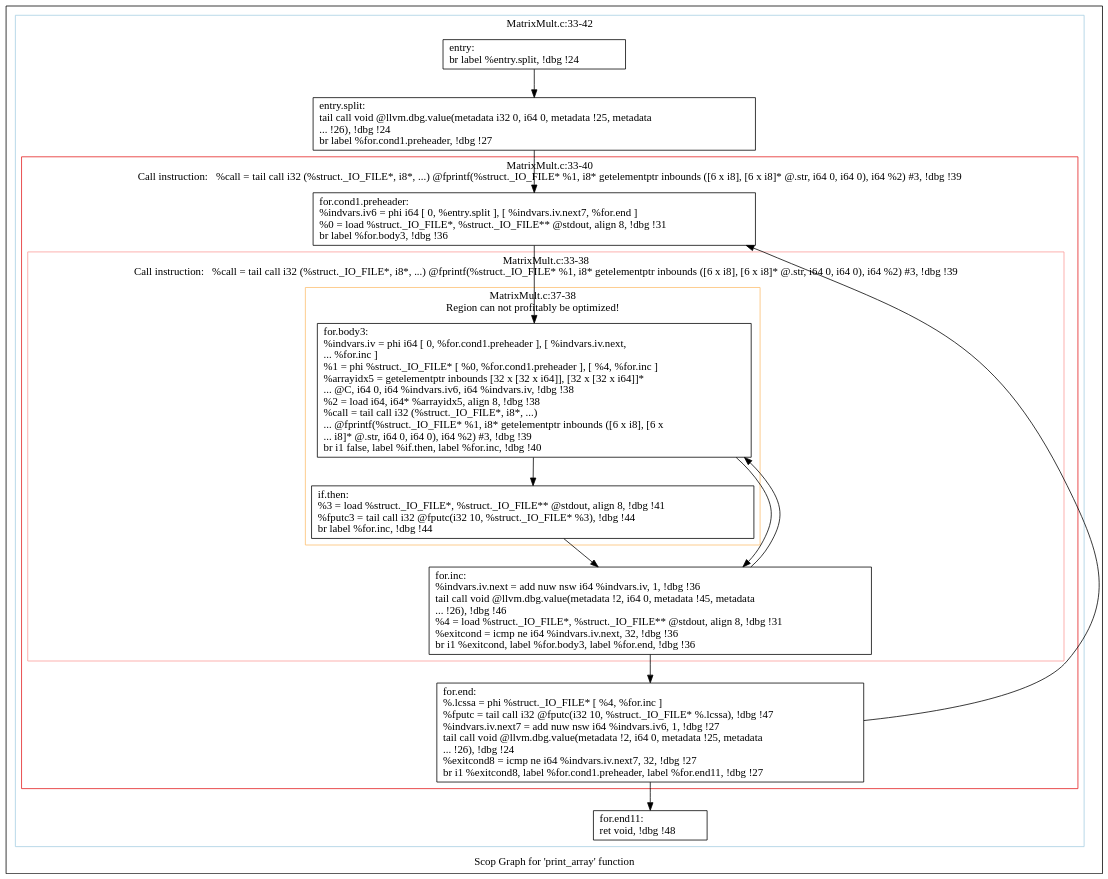
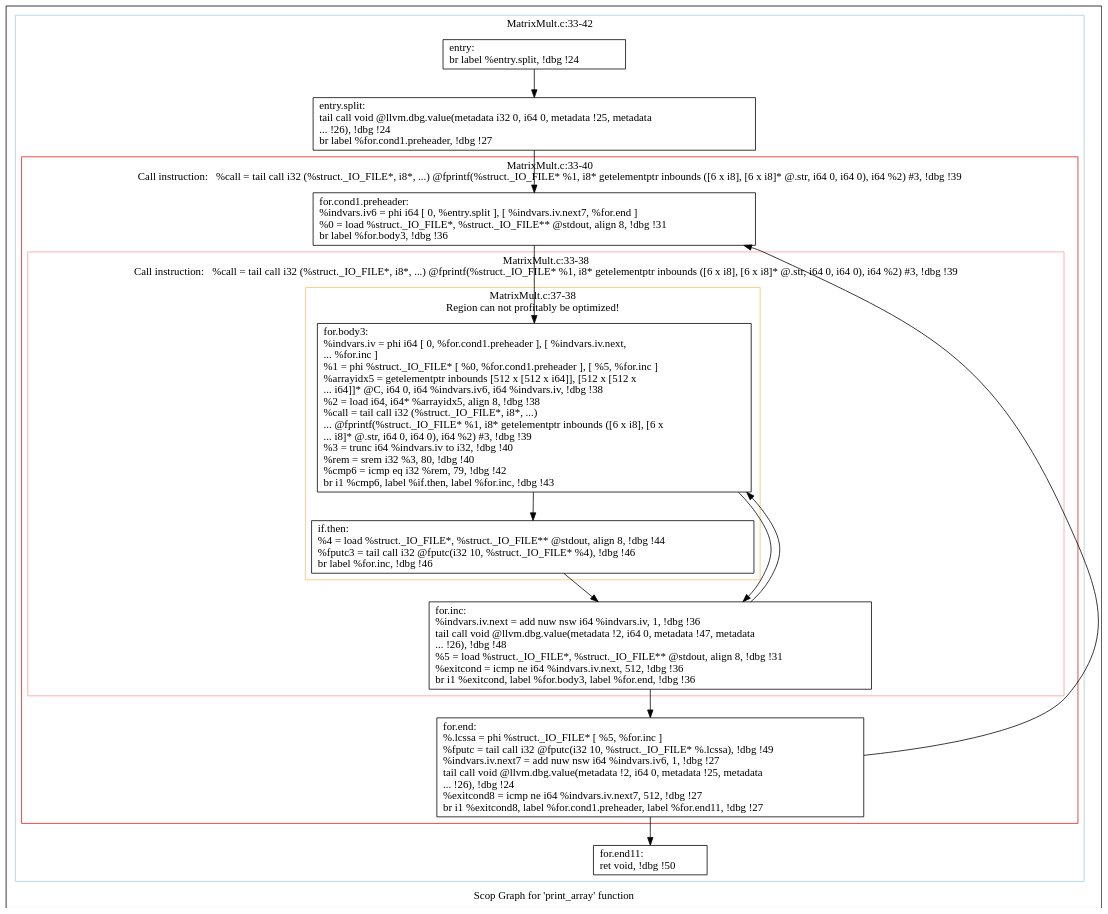
The diagram in polly/MatrixMult/impl/handwritten/dot/scops.print_array.dot (samminweng/WhileyOpenCL), drawn with Graphviz before and after one commit. The commit also changed 27 other files, not shown here.

```diff
--- a/polly/MatrixMult/impl/handwritten/dot/scops.print_array.dot
+++ b/polly/MatrixMult/impl/handwritten/dot/scops.print_array.dot
@@ -1,55 +1,55 @@
 digraph "Scop Graph for 'print_array' function" {
 	label="Scop Graph for 'print_array' function";
 
-	Node0x5ed5c80 [shape=record,label="{entry:\l  br label %entry.split, !dbg !24\l}"];
-	Node0x5ed5c80 -> Node0x5ec6e80;
-	Node0x5ec6e80 [shape=record,label="{entry.split:                                      \l  tail call void @llvm.dbg.value(metadata i32 0, i64 0, metadata !25, metadata\l... !26), !dbg !24\l  br label %for.cond1.preheader, !dbg !27\l}"];
-	Node0x5ec6e80 -> Node0x5f18b70;
-	Node0x5f18b70 [shape=record,label="{for.cond1.preheader:                              \l  %indvars.iv6 = phi i64 [ 0, %entry.split ], [ %indvars.iv.next7, %for.end ]\l  %0 = load %struct._IO_FILE*, %struct._IO_FILE** @stdout, align 8, !dbg !31\l  br label %for.body3, !dbg !36\l}"];
-	Node0x5f18b70 -> Node0x5ed5340;
-	Node0x5ed5340 [shape=record,label="{for.body3:                                        \l  %indvars.iv = phi i64 [ 0, %for.cond1.preheader ], [ %indvars.iv.next,\l... %for.inc ]\l  %1 = phi %struct._IO_FILE* [ %0, %for.cond1.preheader ], [ %4, %for.inc ]\l  %arrayidx5 = getelementptr inbounds [32 x [32 x i64]], [32 x [32 x i64]]*\l... @C, i64 0, i64 %indvars.iv6, i64 %indvars.iv, !dbg !38\l  %2 = load i64, i64* %arrayidx5, align 8, !dbg !38\l  %call = tail call i32 (%struct._IO_FILE*, i8*, ...)\l... @fprintf(%struct._IO_FILE* %1, i8* getelementptr inbounds ([6 x i8], [6 x\l... i8]* @.str, i64 0, i64 0), i64 %2) #3, !dbg !39\l  br i1 false, label %if.then, label %for.inc, !dbg !40\l}"];
-	Node0x5ed5340 -> Node0x5ecc2c0;
-	Node0x5ed5340 -> Node0x5ed2580;
-	Node0x5ecc2c0 [shape=record,label="{if.then:                                          \l  %3 = load %struct._IO_FILE*, %struct._IO_FILE** @stdout, align 8, !dbg !41\l  %fputc3 = tail call i32 @fputc(i32 10, %struct._IO_FILE* %3), !dbg !44\l  br label %for.inc, !dbg !44\l}"];
-	Node0x5ecc2c0 -> Node0x5ed2580;
-	Node0x5ed2580 [shape=record,label="{for.inc:                                          \l  %indvars.iv.next = add nuw nsw i64 %indvars.iv, 1, !dbg !36\l  tail call void @llvm.dbg.value(metadata !2, i64 0, metadata !45, metadata\l... !26), !dbg !46\l  %4 = load %struct._IO_FILE*, %struct._IO_FILE** @stdout, align 8, !dbg !31\l  %exitcond = icmp ne i64 %indvars.iv.next, 32, !dbg !36\l  br i1 %exitcond, label %for.body3, label %for.end, !dbg !36\l}"];
-	Node0x5ed2580 -> Node0x5ed5340[constraint=false];
-	Node0x5ed2580 -> Node0x5ed5970;
-	Node0x5ed5970 [shape=record,label="{for.end:                                          \l  %.lcssa = phi %struct._IO_FILE* [ %4, %for.inc ]\l  %fputc = tail call i32 @fputc(i32 10, %struct._IO_FILE* %.lcssa), !dbg !47\l  %indvars.iv.next7 = add nuw nsw i64 %indvars.iv6, 1, !dbg !27\l  tail call void @llvm.dbg.value(metadata !2, i64 0, metadata !25, metadata\l... !26), !dbg !24\l  %exitcond8 = icmp ne i64 %indvars.iv.next7, 32, !dbg !27\l  br i1 %exitcond8, label %for.cond1.preheader, label %for.end11, !dbg !27\l}"];
-	Node0x5ed5970 -> Node0x5f18b70[constraint=false];
-	Node0x5ed5970 -> Node0x5ed2620;
-	Node0x5ed2620 [shape=record,label="{for.end11:                                        \l  ret void, !dbg !48\l}"];
+	Node0x4f2f330 [shape=record,label="{entry:\l  br label %entry.split, !dbg !24\l}"];
+	Node0x4f2f330 -> Node0x4f2ea30;
+	Node0x4f2ea30 [shape=record,label="{entry.split:                                      \l  tail call void @llvm.dbg.value(metadata i32 0, i64 0, metadata !25, metadata\l... !26), !dbg !24\l  br label %for.cond1.preheader, !dbg !27\l}"];
+	Node0x4f2ea30 -> Node0x4f32aa0;
+	Node0x4f32aa0 [shape=record,label="{for.cond1.preheader:                              \l  %indvars.iv6 = phi i64 [ 0, %entry.split ], [ %indvars.iv.next7, %for.end ]\l  %0 = load %struct._IO_FILE*, %struct._IO_FILE** @stdout, align 8, !dbg !31\l  br label %for.body3, !dbg !36\l}"];
+	Node0x4f32aa0 -> Node0x4f33f20;
+	Node0x4f33f20 [shape=record,label="{for.body3:                                        \l  %indvars.iv = phi i64 [ 0, %for.cond1.preheader ], [ %indvars.iv.next,\l... %for.inc ]\l  %1 = phi %struct._IO_FILE* [ %0, %for.cond1.preheader ], [ %5, %for.inc ]\l  %arrayidx5 = getelementptr inbounds [512 x [512 x i64]], [512 x [512 x\l... i64]]* @C, i64 0, i64 %indvars.iv6, i64 %indvars.iv, !dbg !38\l  %2 = load i64, i64* %arrayidx5, align 8, !dbg !38\l  %call = tail call i32 (%struct._IO_FILE*, i8*, ...)\l... @fprintf(%struct._IO_FILE* %1, i8* getelementptr inbounds ([6 x i8], [6 x\l... i8]* @.str, i64 0, i64 0), i64 %2) #3, !dbg !39\l  %3 = trunc i64 %indvars.iv to i32, !dbg !40\l  %rem = srem i32 %3, 80, !dbg !40\l  %cmp6 = icmp eq i32 %rem, 79, !dbg !42\l  br i1 %cmp6, label %if.then, label %for.inc, !dbg !43\l}"];
+	Node0x4f33f20 -> Node0x4f33f40;
+	Node0x4f33f20 -> Node0x4f25520;
+	Node0x4f33f40 [shape=record,label="{if.then:                                          \l  %4 = load %struct._IO_FILE*, %struct._IO_FILE** @stdout, align 8, !dbg !44\l  %fputc3 = tail call i32 @fputc(i32 10, %struct._IO_FILE* %4), !dbg !46\l  br label %for.inc, !dbg !46\l}"];
+	Node0x4f33f40 -> Node0x4f25520;
+	Node0x4f25520 [shape=record,label="{for.inc:                                          \l  %indvars.iv.next = add nuw nsw i64 %indvars.iv, 1, !dbg !36\l  tail call void @llvm.dbg.value(metadata !2, i64 0, metadata !47, metadata\l... !26), !dbg !48\l  %5 = load %struct._IO_FILE*, %struct._IO_FILE** @stdout, align 8, !dbg !31\l  %exitcond = icmp ne i64 %indvars.iv.next, 512, !dbg !36\l  br i1 %exitcond, label %for.body3, label %for.end, !dbg !36\l}"];
+	Node0x4f25520 -> Node0x4f33f20[constraint=false];
+	Node0x4f25520 -> Node0x4f30740;
+	Node0x4f30740 [shape=record,label="{for.end:                                          \l  %.lcssa = phi %struct._IO_FILE* [ %5, %for.inc ]\l  %fputc = tail call i32 @fputc(i32 10, %struct._IO_FILE* %.lcssa), !dbg !49\l  %indvars.iv.next7 = add nuw nsw i64 %indvars.iv6, 1, !dbg !27\l  tail call void @llvm.dbg.value(metadata !2, i64 0, metadata !25, metadata\l... !26), !dbg !24\l  %exitcond8 = icmp ne i64 %indvars.iv.next7, 512, !dbg !27\l  br i1 %exitcond8, label %for.cond1.preheader, label %for.end11, !dbg !27\l}"];
+	Node0x4f30740 -> Node0x4f32aa0[constraint=false];
+	Node0x4f30740 -> Node0x4f255c0;
+	Node0x4f255c0 [shape=record,label="{for.end11:                                        \l  ret void, !dbg !50\l}"];
 	colorscheme = "paired12"
-        subgraph cluster_0x5ec9430 {
+        subgraph cluster_0x4f33ea0 {
           label = "MatrixMult.c:33-42
 ";
           style = solid;
           color = 1
-          subgraph cluster_0x5ed54b0 {
+          subgraph cluster_0x4f33030 {
             label = "MatrixMult.c:33-40
 Call instruction:   %call = tail call i32 (%struct._IO_FILE*, i8*, ...) @fprintf(%struct._IO_FILE* %1, i8* getelementptr inbounds ([6 x i8], [6 x i8]* @.str, i64 0, i64 0), i64 %2) #3, !dbg !39";
             style = solid;
             color = 6
-            subgraph cluster_0x5ed83a0 {
+            subgraph cluster_0x4f2b290 {
               label = "MatrixMult.c:33-38
 Call instruction:   %call = tail call i32 (%struct._IO_FILE*, i8*, ...) @fprintf(%struct._IO_FILE* %1, i8* getelementptr inbounds ([6 x i8], [6 x i8]* @.str, i64 0, i64 0), i64 %2) #3, !dbg !39";
               style = solid;
               color = 5
-              subgraph cluster_0x5ed0780 {
+              subgraph cluster_0x4f2b210 {
                 label = "MatrixMult.c:37-38
 Region can not profitably be optimized!";
                 style = solid;
                 color = 7
-                Node0x5ed5340;
-                Node0x5ecc2c0;
+                Node0x4f33f20;
+                Node0x4f33f40;
               }
-              Node0x5ed2580;
+              Node0x4f25520;
             }
-            Node0x5f18b70;
-            Node0x5ed5970;
+            Node0x4f32aa0;
+            Node0x4f30740;
           }
-          Node0x5ed5c80;
-          Node0x5ec6e80;
-          Node0x5ed2620;
+          Node0x4f2f330;
+          Node0x4f2ea30;
+          Node0x4f255c0;
         }
 }
```
